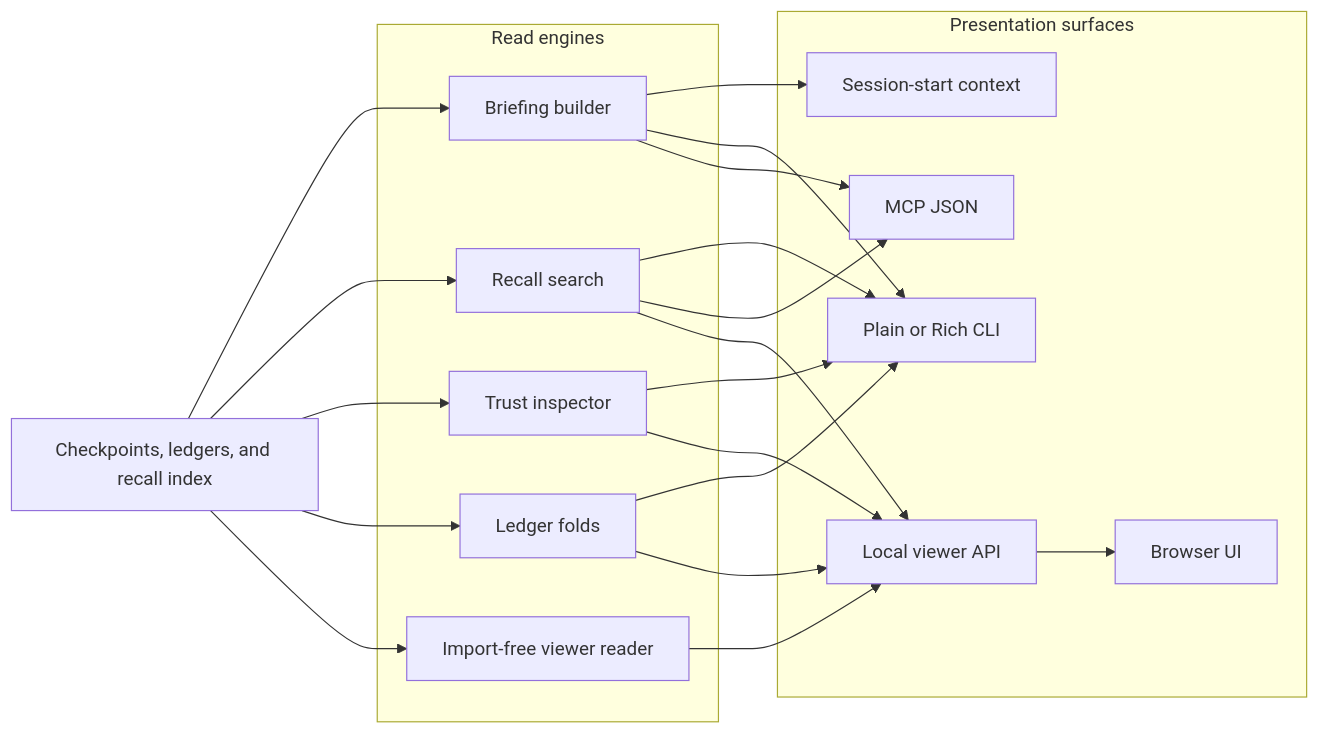
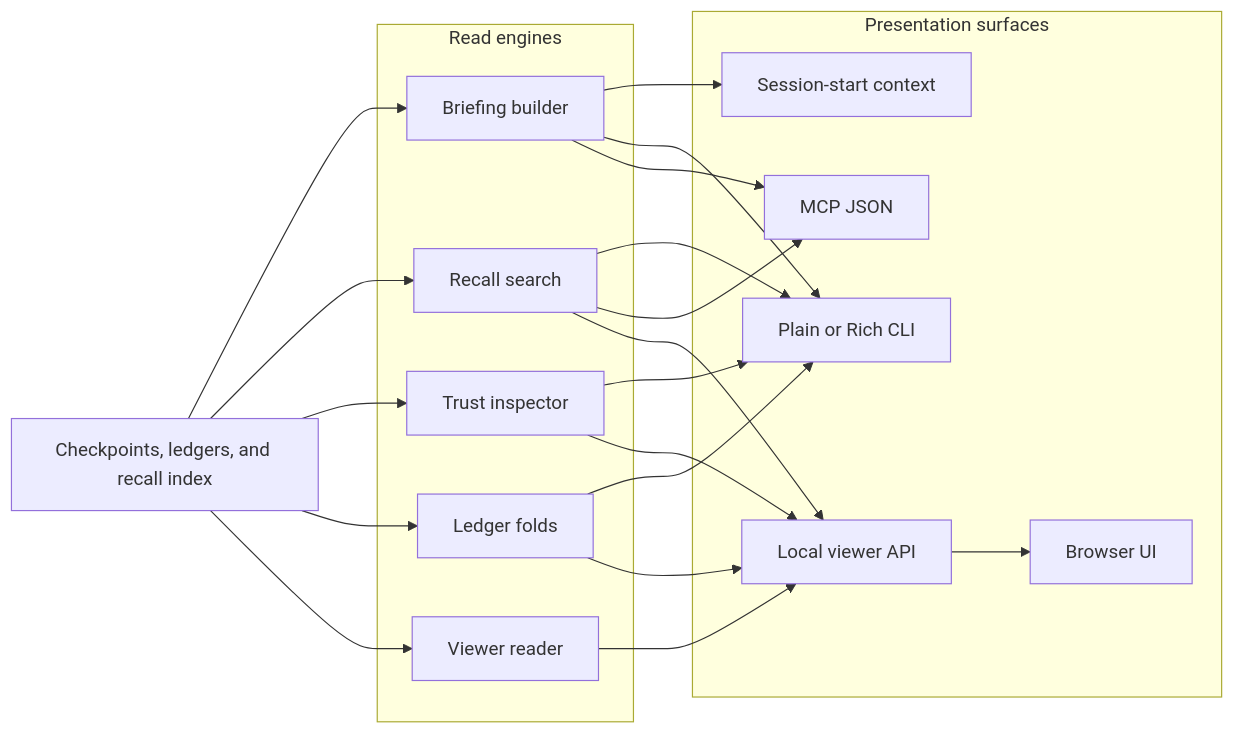
Before and after one commit to Daily-Nerd/daimon: the sixth of 7 diagrams in docs/RUNTIME-ARCHITECTURE.md, drawn with Mermaid. The commit also changed other lines of this file and 23 other files, not shown here.

````diff
--- a/docs/RUNTIME-ARCHITECTURE.md
+++ b/docs/RUNTIME-ARCHITECTURE.md
@@ -255,39 +256,39 @@
 ```mermaid
 flowchart LR
     State["Checkpoints, ledgers, and recall index"]
 
     subgraph ReadEngines["Read engines"]
         Briefing["Briefing builder"]
         Search["Recall search"]
         Inspector["Trust inspector"]
         Folds["Ledger folds"]
-        FileReader["Import-free viewer reader"]
+        FileReader["Viewer reader"]
     end
 
     subgraph Surfaces["Presentation surfaces"]
         Host["Session-start context"]
         CLI["Plain or Rich CLI"]
         MCP["MCP JSON"]
         API["Local viewer API"]
         Browser["Browser UI"]
     end
 
     State --> Briefing
     State --> Search
     State --> Inspector
     State --> Folds
     State --> FileReader
 
     Briefing --> Host
     Briefing --> CLI
     Briefing --> MCP
     Search --> CLI
     Search --> MCP
     Search --> API
     Inspector --> CLI
     Inspector --> API
     Folds --> CLI
     Folds --> API
     FileReader --> API
     API --> Browser
 ```
````
